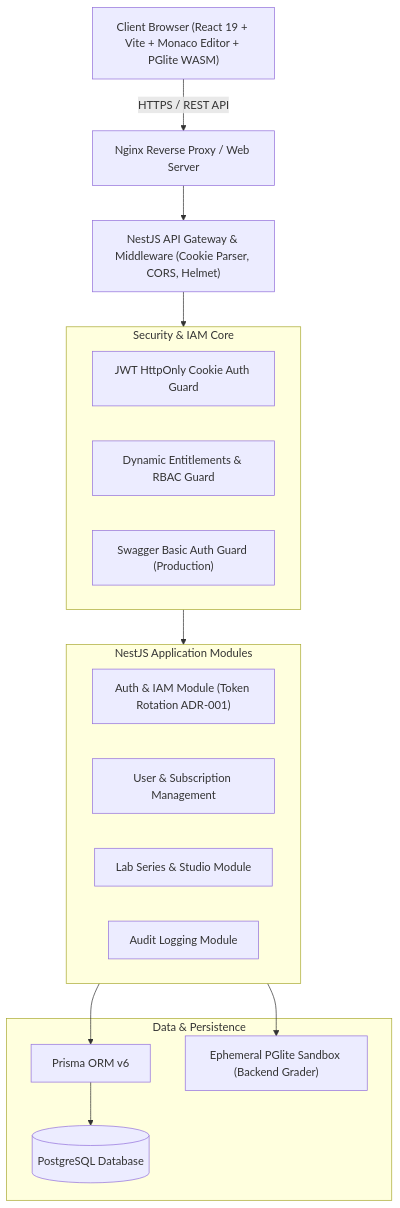
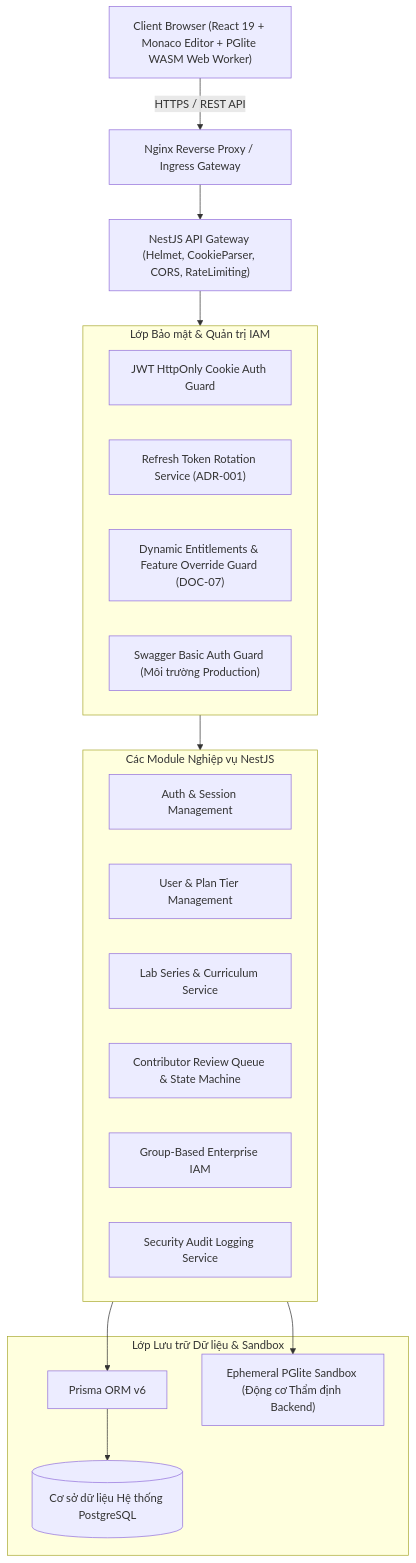
Before and after one commit to NguyenKhanhDuy2703/project_education: the diagram in README.vi.md, drawn with Mermaid. The commit also changed other lines of this file and 8 other files, not shown here.

````diff
--- a/README.vi.md
+++ b/README.vi.md
@@ -104,33 +81,36 @@
 ```mermaid
 graph TD
-    Client["Client Browser (React 19 + Vite + Monaco Editor + PGlite WASM)"]
-    Nginx["Nginx Reverse Proxy / Web Server"]
-    NestGateway["NestJS API Gateway & Middleware (Cookie Parser, CORS, Helmet)"]
+    Client["Client Browser (React 19 + Monaco Editor + PGlite WASM Web Worker)"]
+    Nginx["Nginx Reverse Proxy / Ingress Gateway"]
+    NestGateway["NestJS API Gateway (Helmet, CookieParser, CORS, RateLimiting)"]
     
-    subgraph Security_Layer["Security & IAM Core"]
+    subgraph Security_Layer["Lớp Bảo mật & Quản trị IAM"]
         AuthGuard["JWT HttpOnly Cookie Auth Guard"]
-        EntitlementsGuard["Dynamic Entitlements & RBAC Guard"]
-        SwaggerAuth["Swagger Basic Auth Guard (Production)"]
+        TokenRotation["Refresh Token Rotation Service (ADR-001)"]
+        EntitlementsGuard["Dynamic Entitlements & Feature Override Guard (DOC-07)"]
+        SwaggerAuth["Swagger Basic Auth Guard (Môi trường Production)"]
     end
 
-    subgraph Service_Modules["NestJS Application Modules"]
-        AuthModule["Auth & IAM Module (Token Rotation ADR-001)"]
-        UserModule["User & Subscription Management"]
-        LabModule["Lab Series & Studio Module"]
-        AuditModule["Audit Logging Module"]
+    subgraph Service_Modules["Các Module Nghiệp vụ NestJS"]
+        AuthModule["Auth & Session Management"]
+        UserModule["User & Plan Tier Management"]
+        LabModule["Lab Series & Curriculum Service"]
+        ReviewModule["Contributor Review Queue & State Machine"]
+        GroupsModule["Group-Based Enterprise IAM"]
+        AuditModule["Security Audit Logging Service"]
     end
 
-    subgraph Data_Layer["Data & Persistence"]
+    subgraph Data_Layer["Lớp Lưu trữ Dữ liệu & Sandbox"]
         Prisma["Prisma ORM v6"]
-        Postgres[(PostgreSQL Database)]
-        PGliteBackend["Ephemeral PGlite Sandbox (Backend Grader)"]
+        Postgres[(Cơ sở dữ liệu Hệ thống PostgreSQL)]
+        PGliteBackend["Ephemeral PGlite Sandbox (Động cơ Thẩm định Backend)"]
     end
 
     Client -->|HTTPS / REST API| Nginx
     Nginx --> NestGateway
     NestGateway --> Security_Layer
     Security_Layer --> Service_Modules
     Service_Modules --> Prisma
     Service_Modules --> PGliteBackend
     Prisma --> Postgres
 ```
````
